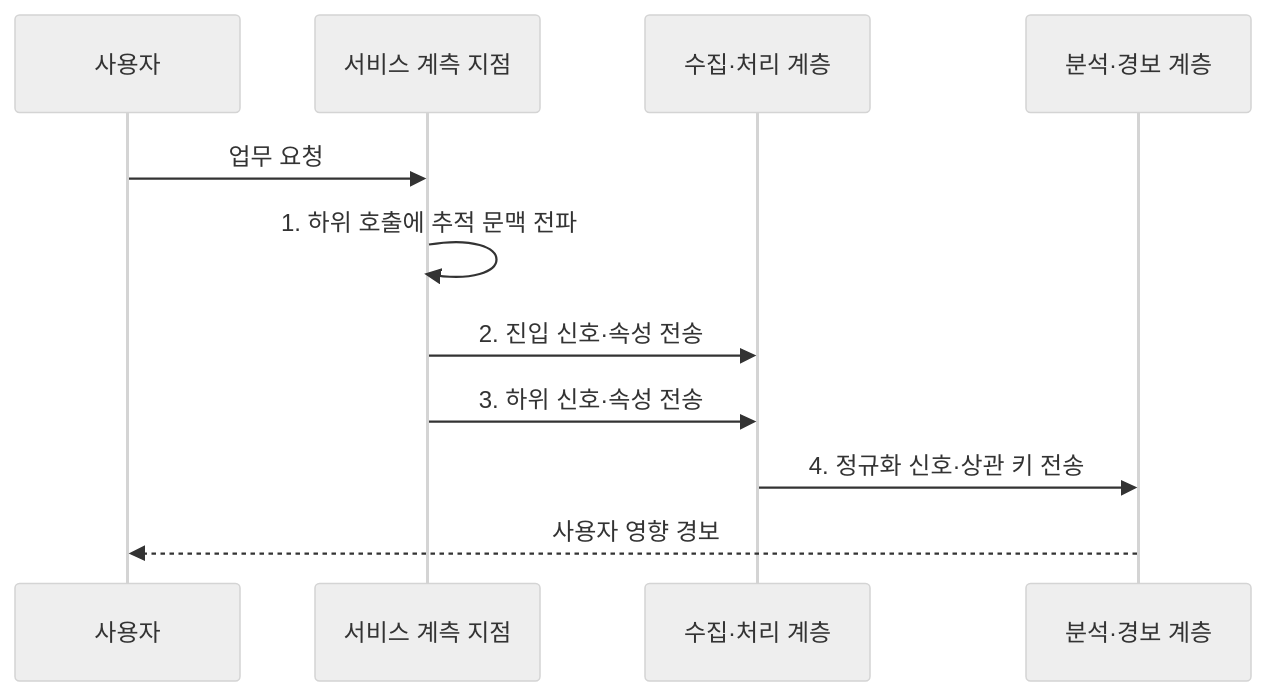
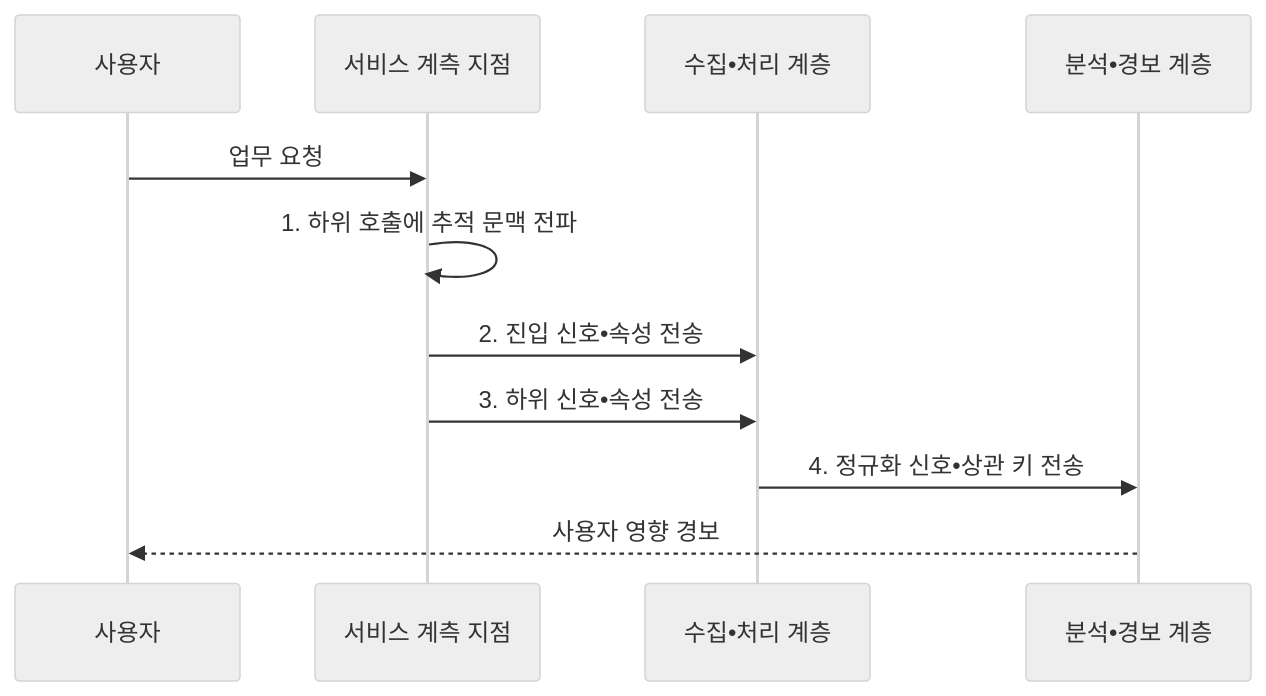
Before and after one commit to agnusdei1207/knowledge-base: the second of 2 diagrams in src/content/docs/notes/03-software/161_cloud_native_observability.md, drawn with Mermaid (neutral theme). The commit also changed other lines of this file and 953 other files, not shown here.

````diff
--- a/src/content/docs/notes/03-software/161_cloud_native_observability.md
+++ b/src/content/docs/notes/03-software/161_cloud_native_observability.md
@@ -108,13 +108,13 @@
 ```mermaid
 sequenceDiagram
     participant U as 사용자
     participant A as 서비스 계측 지점
-    participant C as 수집·처리 계층
-    participant S as 분석·경보 계층
+    participant C as 수집•처리 계층
+    participant S as 분석•경보 계층
     U->>A: 업무 요청
     A->>A: 1. 하위 호출에 추적 문맥 전파
-    A->>C: 2. 진입 신호·속성 전송
-    A->>C: 3. 하위 신호·속성 전송
-    C->>S: 4. 정규화 신호·상관 키 전송
+    A->>C: 2. 진입 신호•속성 전송
+    A->>C: 3. 하위 신호•속성 전송
+    C->>S: 4. 정규화 신호•상관 키 전송
     S-->>U: 사용자 영향 경보
 ```
````
